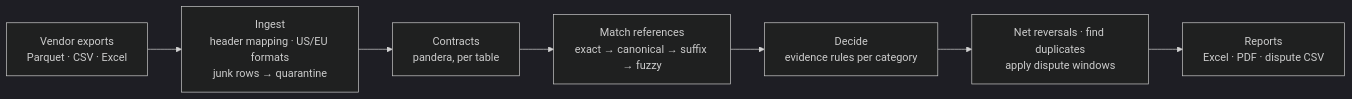
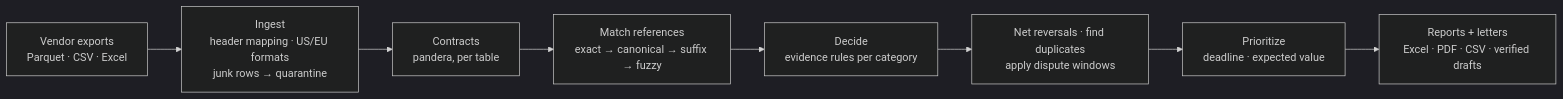
One commit to jmnzcn/vendor-recovery-engine changed the diagram in README.md. Above: the diagram before and after it, drawn with Mermaid (dark theme). The commit also changed other lines of this file and 19 other files, not shown here.

First line of the commit message:
Robustness curve, deadline triage, and verified AI dispute letters

````diff
--- a/README.md
+++ b/README.md
@@ -72,9 +75,10 @@
 ```mermaid
 flowchart LR
     A["Vendor exports<br/>Parquet · CSV · Excel"] --> B["Ingest<br/>header mapping · US/EU formats<br/>junk rows → quarantine"]
     B --> C["Contracts<br/>pandera, per table"]
     C --> D["Match references<br/>exact → canonical → suffix → fuzzy"]
     D --> E["Decide<br/>evidence rules per category"]
     E --> F["Net reversals · find duplicates<br/>apply dispute windows"]
-    F --> G["Reports<br/>Excel · PDF · dispute CSV"]
+    F --> G["Prioritize<br/>deadline · expected value"]
+    G --> H["Reports + letters<br/>Excel · PDF · CSV · verified drafts"]
 ```
````
